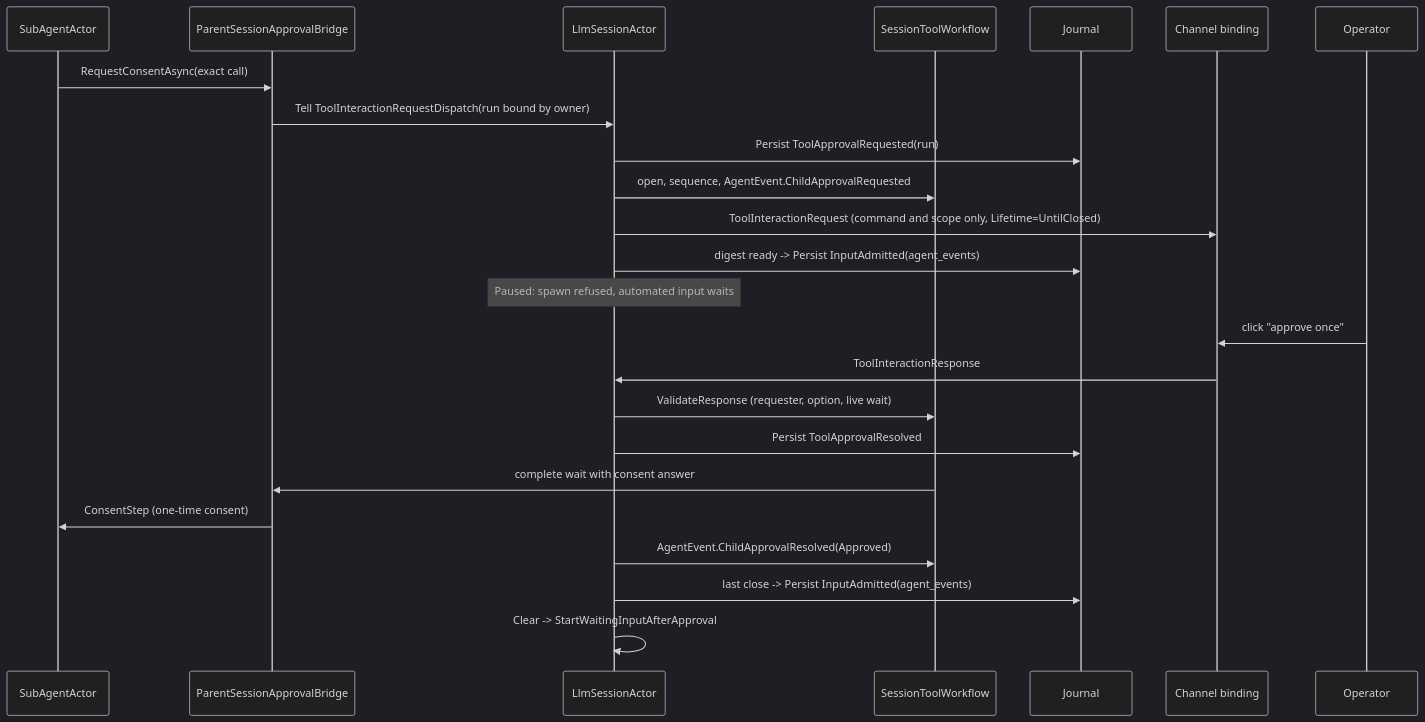
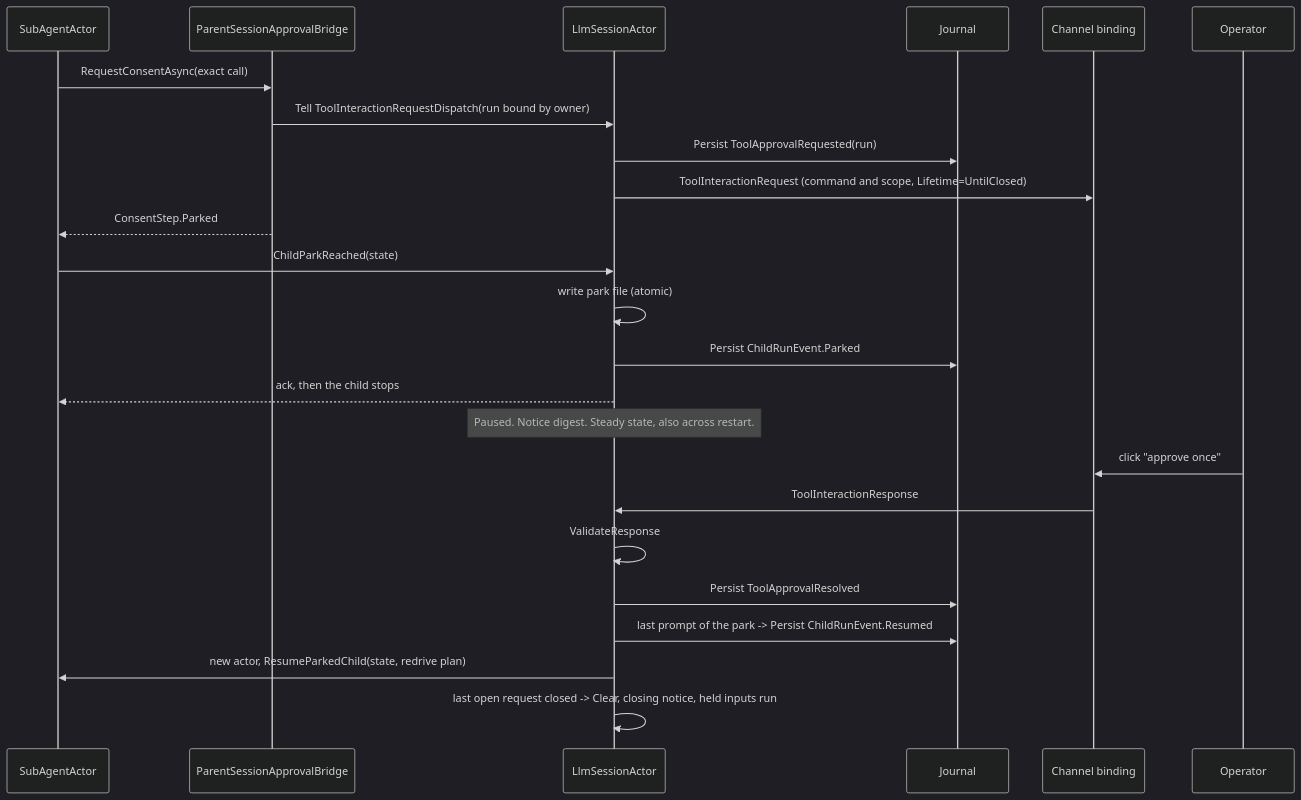
Before and after one commit to netclaw-dev/netclaw: the third of 3 diagrams in openspec/changes/child-approval-events-and-parent-pause/design.md, drawn with Mermaid (dark theme). The commit also changed other lines of this file and 1 other file, not shown here.

First line of the commit message:
Apply the owner decisions and add the durable child wait to the design

````diff
--- a/openspec/changes/child-approval-events-and-parent-pause/design.md
+++ b/openspec/changes/child-approval-events-and-parent-pause/design.md
@@ -396,26 +492,26 @@
 ```mermaid
 sequenceDiagram
     participant Child as SubAgentActor
     participant Bridge as ParentSessionApprovalBridge
     participant Parent as LlmSessionActor
-    participant WF as SessionToolWorkflow
     participant J as Journal
     participant Ch as Channel binding
     participant Op as Operator
     Child->>Bridge: RequestConsentAsync(exact call)
     Bridge->>Parent: Tell ToolInteractionRequestDispatch(run bound by owner)
     Parent->>J: Persist ToolApprovalRequested(run)
-    Parent->>WF: open, sequence, AgentEvent.ChildApprovalRequested
-    Parent->>Ch: ToolInteractionRequest (command and scope only, Lifetime=UntilClosed)
-    Parent->>J: digest ready -> Persist InputAdmitted(agent_events)
-    Note over Parent: Paused: spawn refused, automated input waits
+    Parent->>Ch: ToolInteractionRequest (command and scope, Lifetime=UntilClosed)
+    Bridge-->>Child: ConsentStep.Parked
+    Child->>Parent: ChildParkReached(state)
+    Parent->>Parent: write park file (atomic)
+    Parent->>J: Persist ChildRunEvent.Parked
+    Parent-->>Child: ack, then the child stops
+    Note over Parent: Paused. Notice digest. Steady state, also across restart.
     Op->>Ch: click "approve once"
     Ch->>Parent: ToolInteractionResponse
-    Parent->>WF: ValidateResponse (requester, option, live wait)
+    Parent->>Parent: ValidateResponse
     Parent->>J: Persist ToolApprovalResolved
-    WF->>Bridge: complete wait with consent answer
-    Bridge->>Child: ConsentStep (one-time consent)
-    Parent->>WF: AgentEvent.ChildApprovalResolved(Approved)
-    Parent->>J: last close -> Persist InputAdmitted(agent_events)
-    Parent->>Parent: Clear -> StartWaitingInputAfterApproval
+    Parent->>J: last prompt of the park -> Persist ChildRunEvent.Resumed
+    Parent->>Child: new actor, ResumeParkedChild(state, redrive plan)
+    Parent->>Parent: last open request closed -> Clear, closing notice, held inputs run
 ```
````
